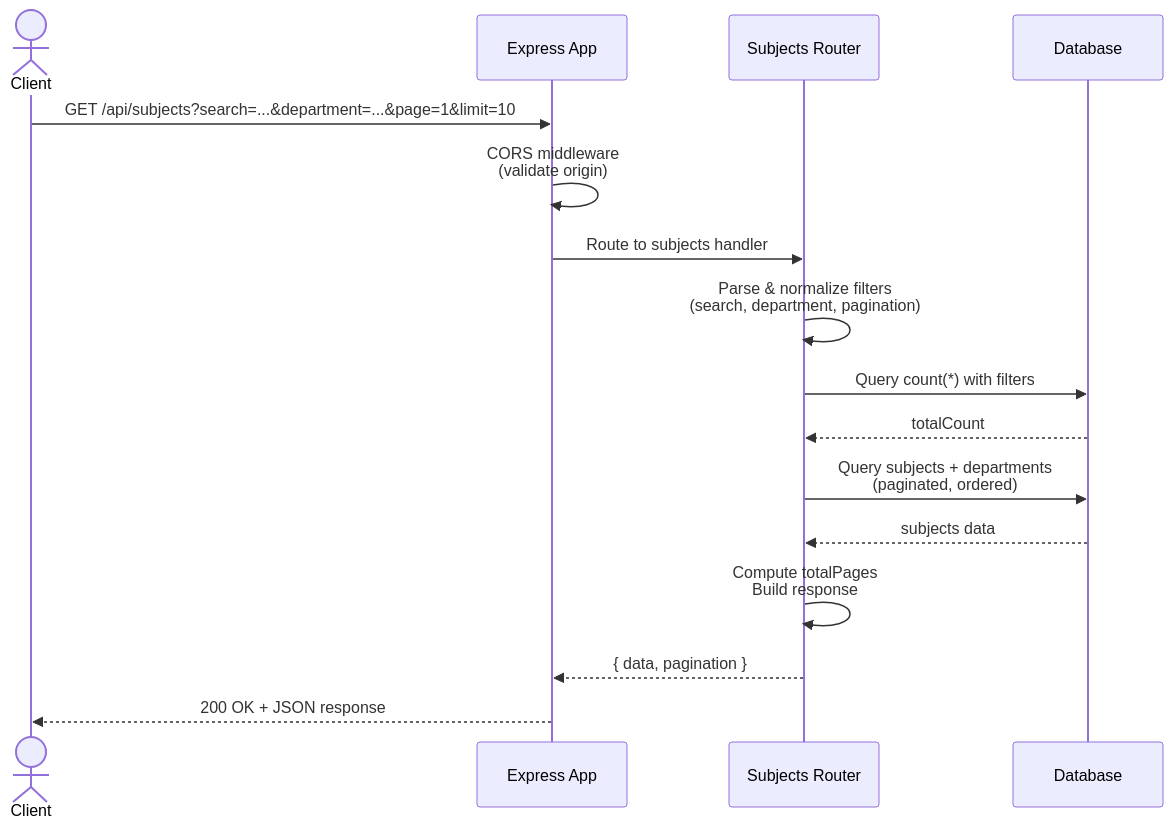
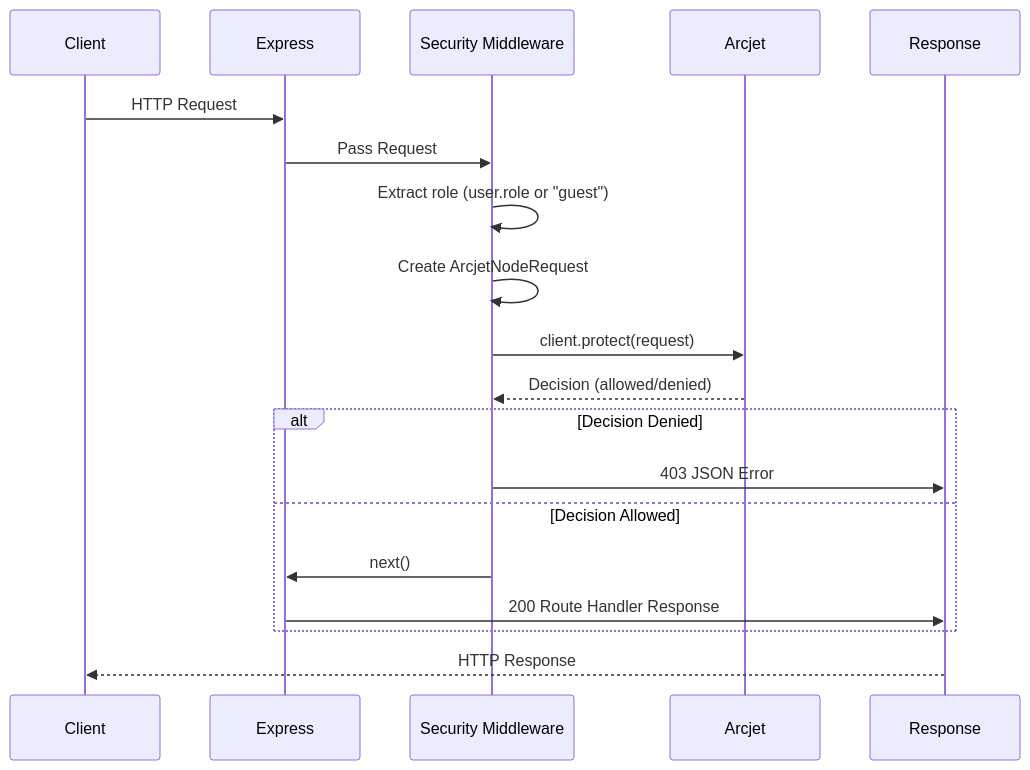
One commit to maherhms/Admin-Dashboard-Backend changed the diagram in README.MD. Above: the diagram before and after it, drawn with Mermaid. The commit also changed other lines of this file and 5 other files, not shown here.

````diff
--- a/README.MD
+++ b/README.MD
@@ -3,19 +20,25 @@
 ```mermaid
 sequenceDiagram
-    actor Client
-    participant Express as Express App
-    participant Router as Subjects Router
-    participant DB as Database
+    participant Client
+    participant Express
+    participant SecurityMW as Security Middleware
+    participant Arcjet
+    participant Response
 
-    Client->>Express: GET /api/subjects?search=...&department=...&page=1&limit=10
-    Express->>Express: CORS middleware<br/>(validate origin)
-    Express->>Router: Route to subjects handler
-    Router->>Router: Parse & normalize filters<br/>(search, department, pagination)
-    Router->>DB: Query count(*) with filters
-    DB-->>Router: totalCount
-    Router->>DB: Query subjects + departments<br/>(paginated, ordered)
-    DB-->>Router: subjects data
-    Router->>Router: Compute totalPages<br/>Build response
-    Router-->>Express: { data, pagination }
-    Express-->>Client: 200 OK + JSON response
+    Client->>Express: HTTP Request
+    Express->>SecurityMW: Pass Request
+    SecurityMW->>SecurityMW: Extract role (user.role or "guest")
+    SecurityMW->>SecurityMW: Create ArcjetNodeRequest
+    SecurityMW->>Arcjet: client.protect(request)
+    Arcjet-->>SecurityMW: Decision (allowed/denied)
+    
+    alt Decision Denied
+        SecurityMW->>Response: 403 JSON Error
+    else Decision Allowed
+        SecurityMW->>Express: next()
+        Express->>Response: 200 Route Handler Response
+    end
+    
+    Response-->>Client: HTTP Response
+
 ```
````
